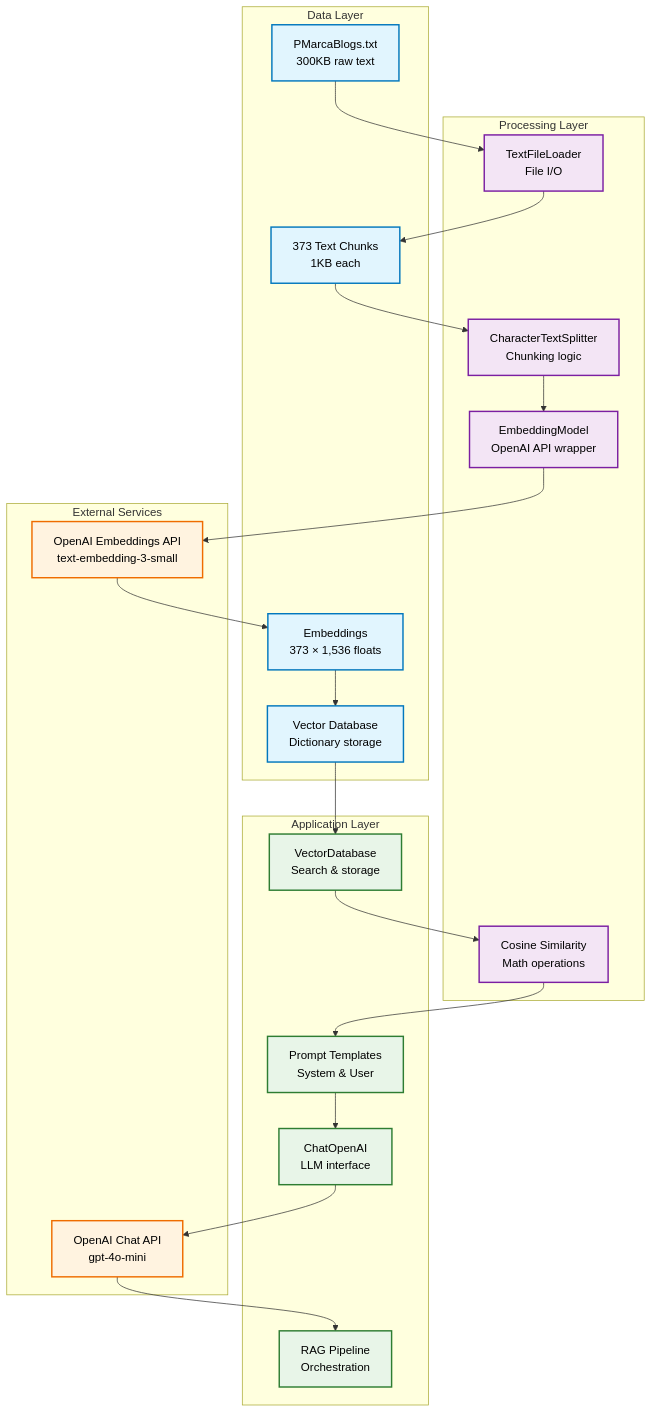
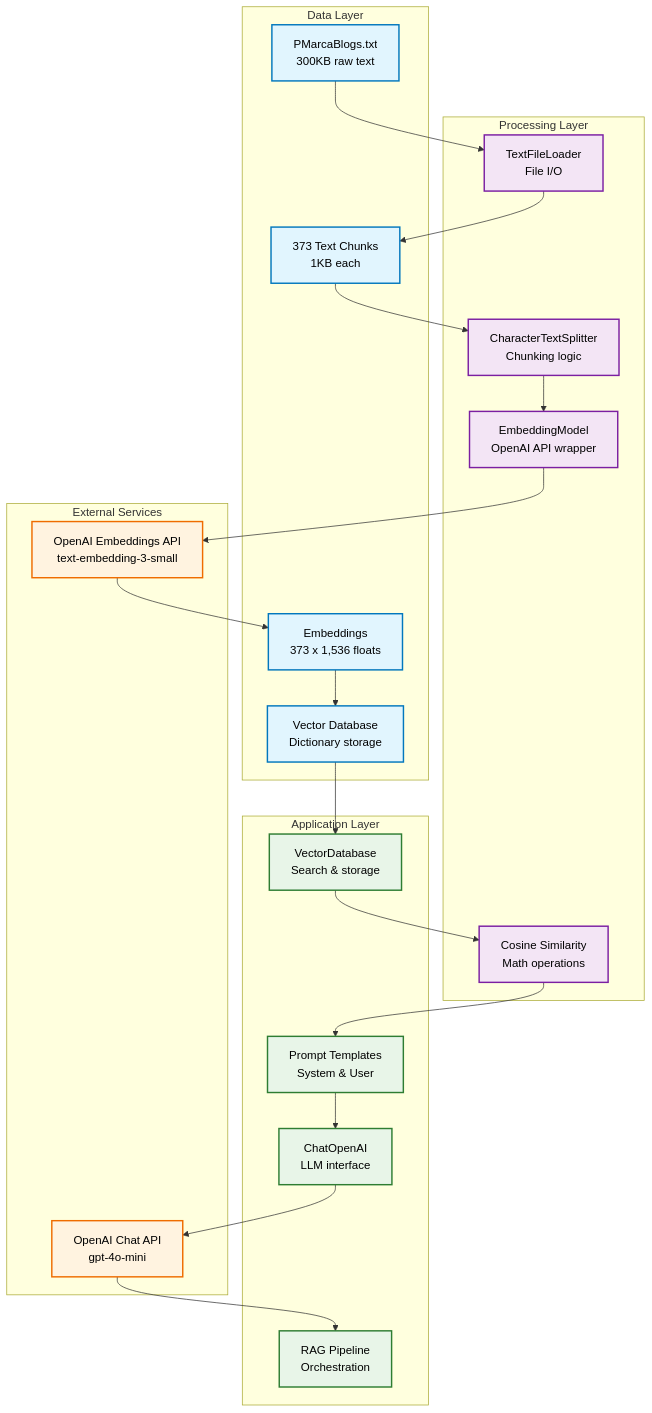
One commit to ovokpus/AIE8 changed diagram 16 of 16 in 02_Embeddings_and_RAG/Understanding_Pythonic_RAG.md. Above: the diagram before and after it, drawn with Mermaid. The commit also changed other lines of this file, not shown here.

Commit message:
fixed mermaid

````diff
--- a/02_Embeddings_and_RAG/Understanding_Pythonic_RAG.md
+++ b/02_Embeddings_and_RAG/Understanding_Pythonic_RAG.md
@@ -651,53 +651,53 @@
 ```mermaid
 graph TB
     subgraph "Data Layer"
         A[PMarcaBlogs.txt<br/>300KB raw text]
         B[373 Text Chunks<br/>1KB each]
         C[Vector Database<br/>Dictionary storage]
-        D[Embeddings<br/>373 × 1,536 floats]
+        D[Embeddings<br/>373 x 1,536 floats]
     end
     
     subgraph "Processing Layer"
         E[TextFileLoader<br/>File I/O]
         F[CharacterTextSplitter<br/>Chunking logic]
         G[EmbeddingModel<br/>OpenAI API wrapper]
         H[Cosine Similarity<br/>Math operations]
     end
     
     subgraph "Application Layer"
         I[VectorDatabase<br/>Search & storage]
         J[Prompt Templates<br/>System & User]
         K[ChatOpenAI<br/>LLM interface]
         L[RAG Pipeline<br/>Orchestration]
     end
     
     subgraph "External Services"
         M[OpenAI Embeddings API<br/>text-embedding-3-small]
         N[OpenAI Chat API<br/>gpt-4o-mini]
     end
     
     A --> E
     E --> B
     B --> F
     F --> G
     G --> M
     M --> D
     D --> C
     C --> I
     I --> H
     H --> J
     J --> K
     K --> N
     N --> L
     
     classDef default fill:#f9f9f9,stroke:#333,stroke-width:2px,color:#000000
     classDef dataLayer fill:#e1f5fe,stroke:#0277bd,stroke-width:2px,color:#000000
     classDef processLayer fill:#f3e5f5,stroke:#7b1fa2,stroke-width:2px,color:#000000
     classDef appLayer fill:#e8f5e8,stroke:#2e7d32,stroke-width:2px,color:#000000
     classDef external fill:#fff3e0,stroke:#ef6c00,stroke-width:2px,color:#000000
     
     class A,B,C,D dataLayer
     class E,F,G,H processLayer
     class I,J,K,L appLayer
     class M,N external
 ```
````
